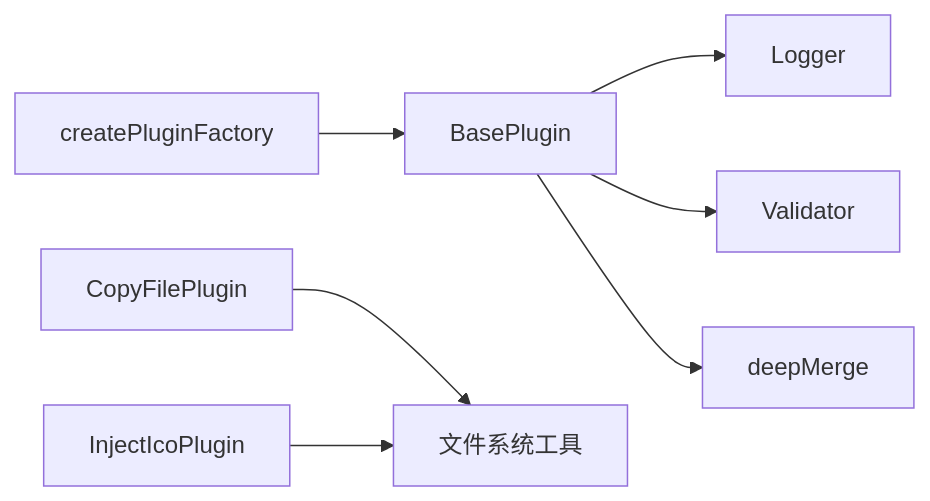
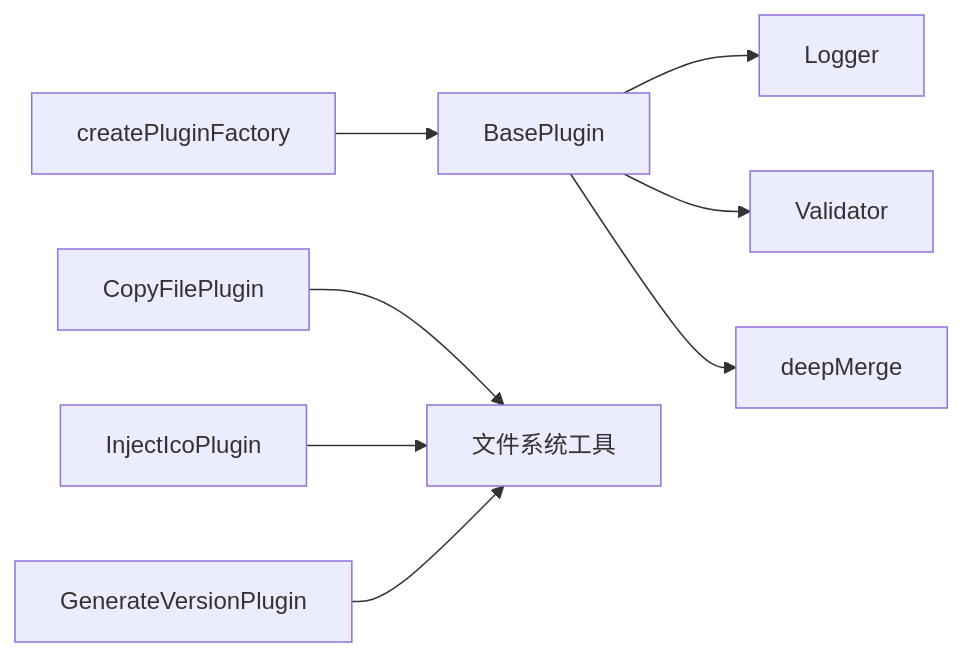
Before and after one commit to MengXi-Studio/vite-plugin: the sixth of 6 diagrams in .qoder/repowiki/zh/content/插件开发/插件开发.md, drawn with Mermaid. The commit also changed other lines of this file and 3 other files, not shown here.

````diff
--- a/.qoder/repowiki/zh/content/插件开发/插件开发.md
+++ b/.qoder/repowiki/zh/content/插件开发/插件开发.md
@@ -330,9 +338,10 @@
 ```mermaid
 graph LR
 Base["BasePlugin"] --> L["Logger"]
 Base --> V["Validator"]
 Base --> M["deepMerge"]
 Copy["CopyFilePlugin"] --> FS["文件系统工具"]
 Inject["InjectIcoPlugin"] --> FS
+GenVer["GenerateVersionPlugin"] --> FS
 Factory["createPluginFactory"] --> Base
 ```
````
